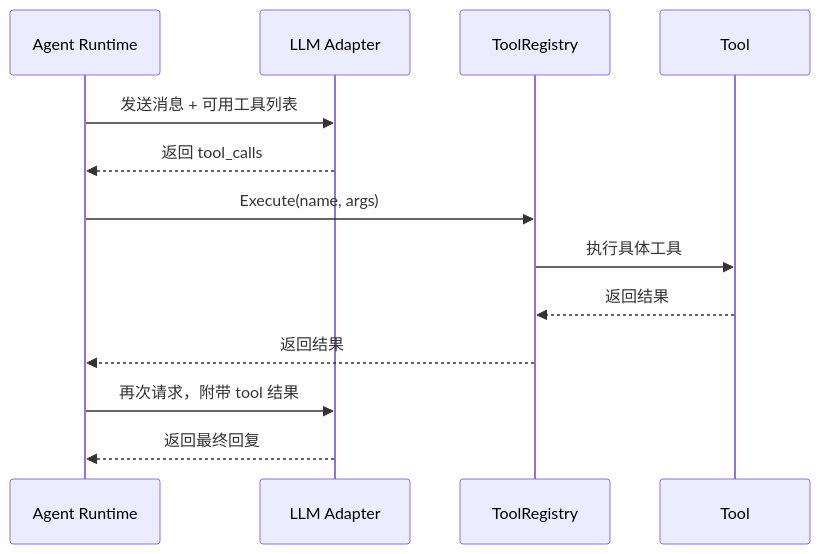
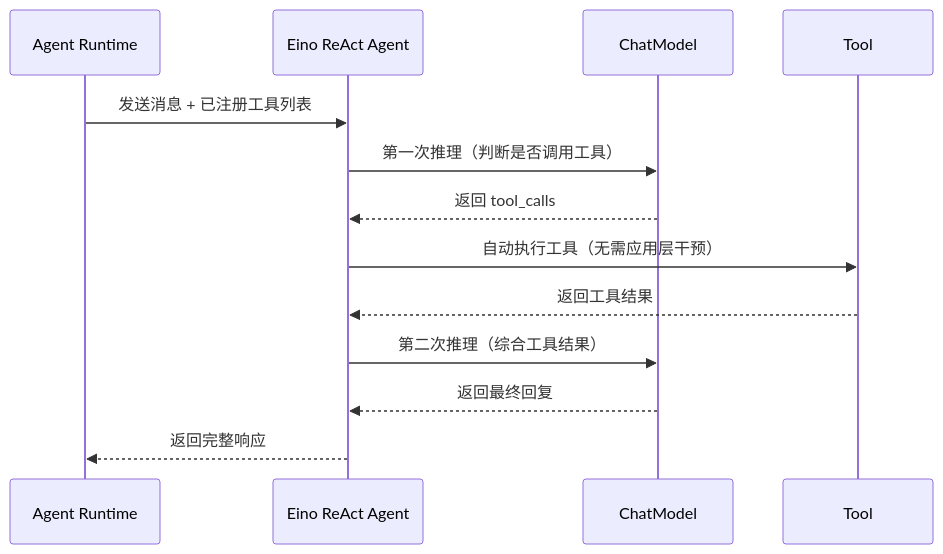
The second of 2 diagrams in backend/README.md (qjm134-source/taohuawu), drawn with Mermaid before and after one commit. The commit also changed other lines of this file and 35 other files, not shown here.

First line of the commit message:
refactor: migrate to Eino ReAct Agent for automatic tool calling

````diff
--- a/backend/README.md
+++ b/backend/README.md
@@ -152,16 +145,16 @@
 ```mermaid
 sequenceDiagram
     participant RT as Agent Runtime
-    participant LLM as LLM Adapter
-    participant TR as ToolRegistry
+    participant EA as Eino ReAct Agent
+    participant LLM as ChatModel
     participant T as Tool
 
-    RT->>LLM: 发送消息 + 可用工具列表
-    LLM-->>RT: 返回 tool_calls
-    RT->>TR: Execute(name, args)
-    TR->>T: 执行具体工具
-    T-->>TR: 返回结果
-    TR-->>RT: 返回结果
-    RT->>LLM: 再次请求，附带 tool 结果
-    LLM-->>RT: 返回最终回复
+    RT->>EA: 发送消息 + 已注册工具列表
+    EA->>LLM: 第一次推理（判断是否调用工具）
+    LLM-->>EA: 返回 tool_calls
+    EA->>T: 自动执行工具（无需应用层干预）
+    T-->>EA: 返回工具结果
+    EA->>LLM: 第二次推理（综合工具结果）
+    LLM-->>EA: 返回最终回复
+    EA-->>RT: 返回完整响应
 ```
````
